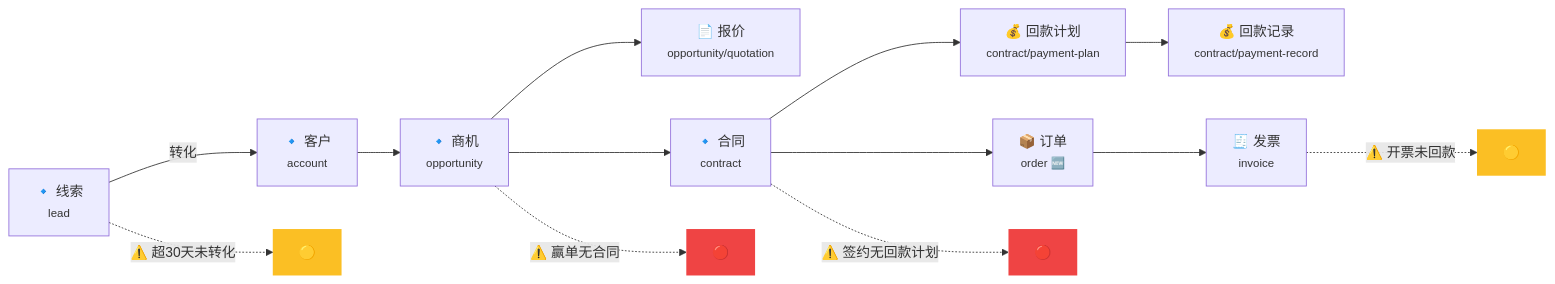
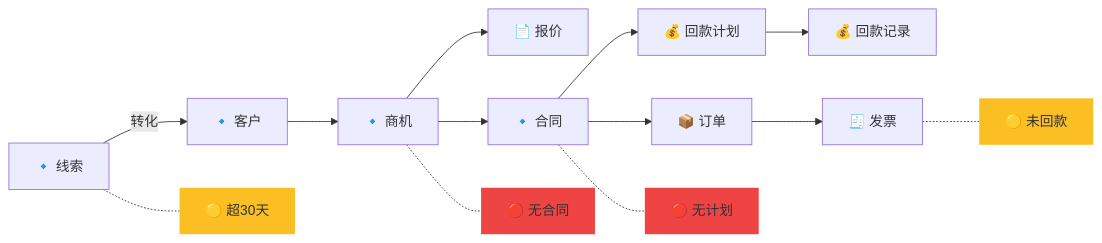
One commit to 1Panel-dev/CordysCRM-skills changed the second of 2 diagrams in README.md. Above: the diagram before and after it, drawn with Mermaid. The commit also changed other lines of this file, not shown here.

Commit message:
docs: update README with improved clarity and terminology in flowcharts

````diff
--- a/README.md
+++ b/README.md
@@ -143,21 +145,21 @@
 ```mermaid
 flowchart LR
-    L["🔹 线索<br/><small>lead</small>"] -->|转化| A["🔹 客户<br/><small>account</small>"]
-    A --> O["🔹 商机<br/><small>opportunity</small>"]
-    O --> Q["📄 报价<br/><small>opportunity/quotation</small>"]
-    O --> C["🔹 合同<br/><small>contract</small>"]
-    C --> OD["📦 订单<br/><small>order 🆕</small>"]
-    C --> PP["💰 回款计划<br/><small>contract/payment-plan</small>"]
-    PP --> PR["💰 回款记录<br/><small>contract/payment-record</small>"]
-    OD --> I["🧾 发票<br/><small>invoice</small>"]
+    L["🔹 线索"] -->|"转化"| A["🔹 客户"]
+    A --> O["🔹 商机"]
+    O --> Q["📄 报价"]
+    O --> C["🔹 合同"]
+    C --> OD["📦 订单"]
+    C --> PP["💰 回款计划"]
+    PP --> PR["💰 回款记录"]
+    OD --> I["🧾 发票"]
 
-    L -.->|"⚠️ 超30天未转化"| ALERT1["🟡"]
-    O -.->|"⚠️ 赢单无合同"| ALERT2["🔴"]
-    C -.->|"⚠️ 签约无回款计划"| ALERT3["🔴"]
-    I -.->|"⚠️ 开票未回款"| ALERT4["🟡"]
+    L -.- AL1["🟡 超30天"]
+    O -.- AL2["🔴 无合同"]
+    C -.- AL3["🔴 无计划"]
+    I -.- AL4["🟡 未回款"]
 
-    style ALERT1 fill:#fbbf24,stroke:none
-    style ALERT2 fill:#ef4444,stroke:none
-    style ALERT3 fill:#ef4444,stroke:none
-    style ALERT4 fill:#fbbf24,stroke:none
+    style AL1 fill:#fbbf24,stroke:none
+    style AL2 fill:#ef4444,stroke:none
+    style AL3 fill:#ef4444,stroke:none
+    style AL4 fill:#fbbf24,stroke:none
 ```
````
